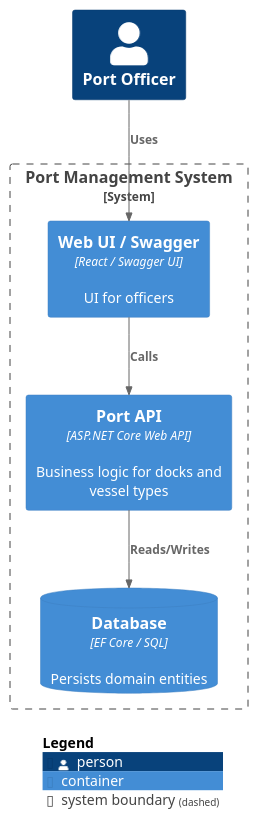
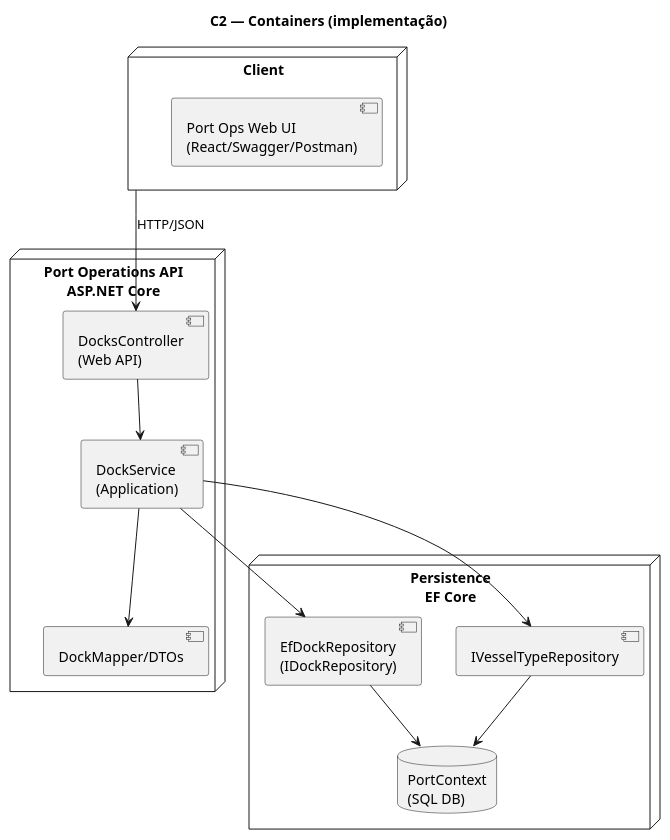
One commit to Departamento-de-Engenharia-Informatica/LEI-SEM5-PI-2025-26-3DM-03 changed the diagram in Docs/Sprint A/US 2.2.3/Modelo c4/C2_impl.puml. Above: the diagram before and after it, drawn with PlantUML. The commit also changed 12 other files, not shown here.

Commit message:
Refactor and enhance UML diagrams for Docks management, including context, processes, logic, and implementation details

```diff
--- a/Docs/Sprint A/US 2.2.3/Modelo c4/C2_impl.puml
+++ b/Docs/Sprint A/US 2.2.3/Modelo c4/C2_impl.puml
@@ -1,16 +1,28 @@
-@startuml
-!includeurl https://raw.githubusercontent.com/plantuml-stdlib/C4-PlantUML/master/C4_Container.puml
+@startuml C2_impl
+title C2 — Containers (implementação)
 
-Person(portOfficer, "Port Officer")
-System_Boundary(s1, "Port Management System") {
-  Container(webApp, "Web UI / Swagger", "React / Swagger UI", "UI for officers")
-  Container(api, "Port API", "ASP.NET Core Web API", "Business logic for docks and vessel types")
-  ContainerDb(db, "Database", "EF Core / SQL", "Persists domain entities")
+node "Client" as Client {
+  component "Port Ops Web UI\n(React/Swagger/Postman)" as Web
 }
 
-Rel(portOfficer, webApp, "Uses")
-Rel(webApp, api, "Calls")
-Rel(api, db, "Reads/Writes")
+node "Port Operations API\nASP.NET Core" as Api {
+  component "DocksController\n(Web API)" as Ctrl
+  component "DockService\n(Application)" as App
+  component "DockMapper/DTOs" as Map
+}
 
-SHOW_LEGEND()
+node "Persistence\nEF Core" as Persistence {
+  component "EfDockRepository\n(IDockRepository)" as DockRepo
+  component "IVesselTypeRepository" as VTRepo
+  database "PortContext\n(SQL DB)" as DB
+}
+
+Client --> Ctrl : HTTP/JSON
+Ctrl --> App
+App --> DockRepo
+App --> VTRepo
+DockRepo --> DB
+VTRepo --> DB
+App --> Map
+
 @enduml
```
